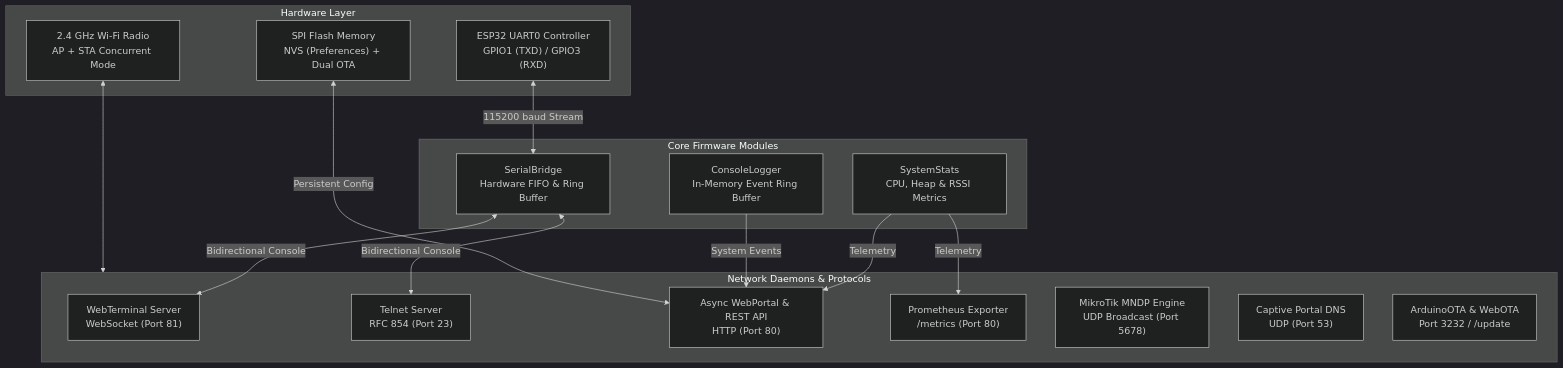
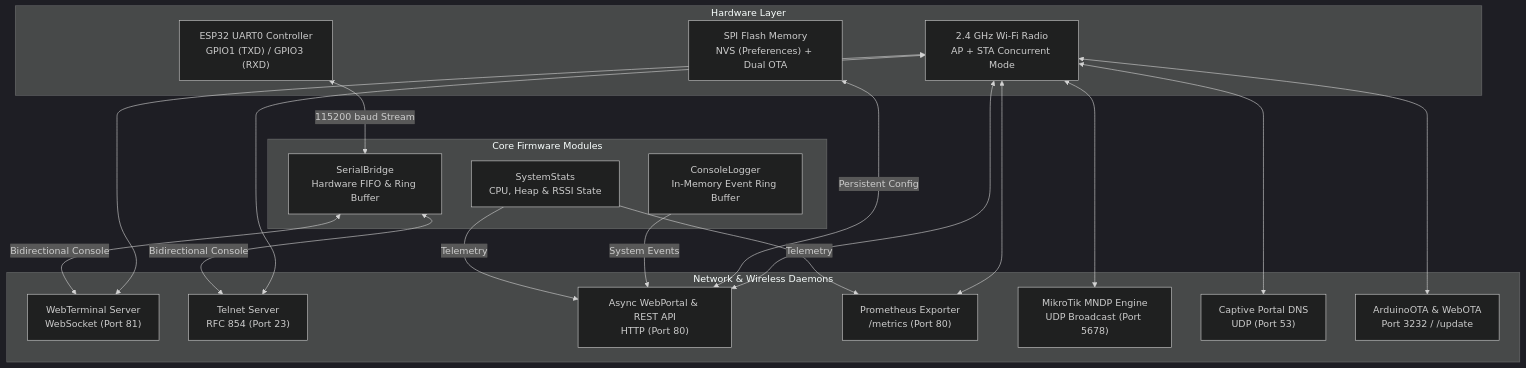
One commit to stanoba/ESP-OOBM changed the diagram in docs/software.md. Above: the diagram before and after it, drawn with Mermaid (dark theme). The commit also changed other lines of this file and 4 other files, not shown here.

Commit message:
feat: create software project architecture and implement web portal interface

````diff
--- a/docs/software.md
+++ b/docs/software.md
@@ -9,33 +9,33 @@
 ```mermaid
 flowchart TD
     subgraph Hardware["Hardware Layer"]
         UART0["ESP32 UART0 Controller<br/>GPIO1 (TXD) / GPIO3 (RXD)"]
         WIFI_RADIO["2.4 GHz Wi-Fi Radio<br/>AP + STA Concurrent Mode"]
         NVS_FLASH["SPI Flash Memory<br/>NVS (Preferences) + Dual OTA"]
     end
 
     subgraph Core["Core Firmware Modules"]
         SB["SerialBridge<br/>Hardware FIFO & Ring Buffer"]
-        SYS["SystemStats<br/>CPU, Heap & RSSI Metrics"]
+        SYS["SystemStats<br/>CPU, Heap & RSSI State"]
         LOG["ConsoleLogger<br/>In-Memory Event Ring Buffer"]
     end
 
-    subgraph Daemons["Network Daemons & Protocols"]
+    subgraph Daemons["Network & Wireless Daemons"]
         WS["WebTerminal Server<br/>WebSocket (Port 81)"]
         TEL["Telnet Server<br/>RFC 854 (Port 23)"]
         WEB["Async WebPortal & REST API<br/>HTTP (Port 80)"]
         PROM["Prometheus Exporter<br/>/metrics (Port 80)"]
         MNDP["MikroTik MNDP Engine<br/>UDP Broadcast (Port 5678)"]
         DNS["Captive Portal DNS<br/>UDP (Port 53)"]
         OTA["ArduinoOTA & WebOTA<br/>Port 3232 / /update"]
     end
 
     UART0 <-->|"115200 baud Stream"| SB
     SB <-->|"Bidirectional Console"| WS
     SB <-->|"Bidirectional Console"| TEL
     SYS -->|"Telemetry"| PROM
     SYS -->|"Telemetry"| WEB
     LOG -->|"System Events"| WEB
     NVS_FLASH <-->|"Persistent Config"| WEB
-    WIFI_RADIO <--> Daemons
+    WIFI_RADIO <--> WS & TEL & WEB & PROM & MNDP & DNS & OTA
 ```
````
